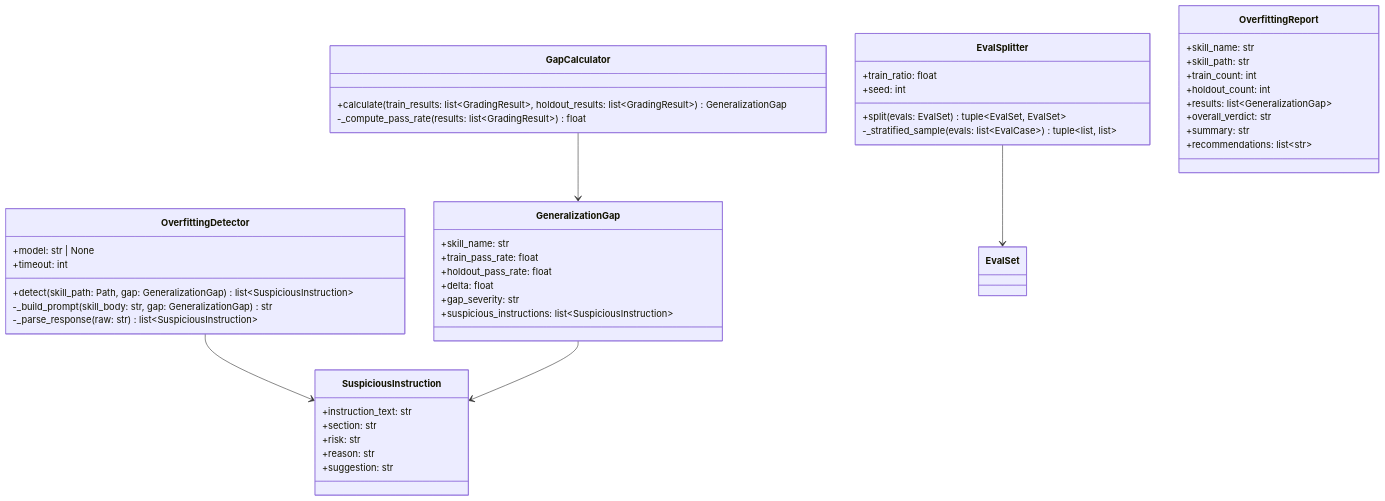
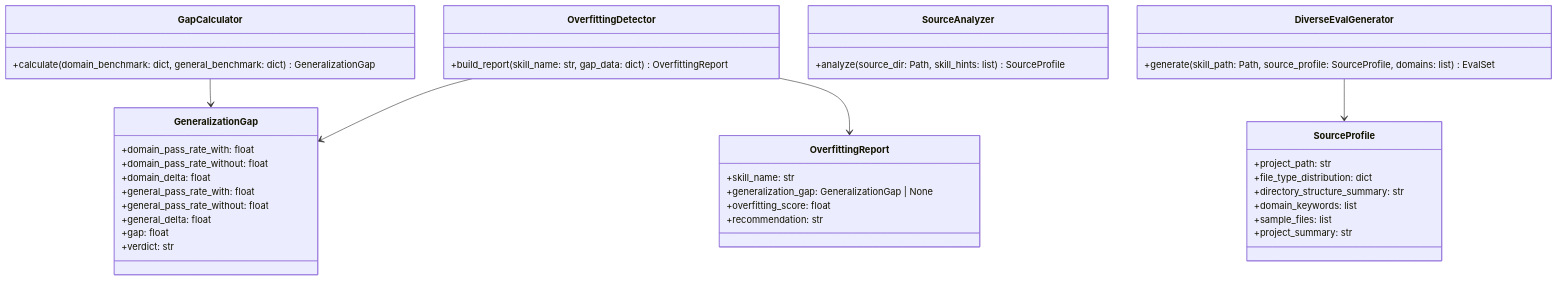
Before and after one commit to HangDu1995/sift: diagram 12 of 18 in docs/skill-eval-design.md, drawn with Mermaid. The commit also changed other lines of this file and 25 other files, not shown here.

First line of the commit message:
refactor overfitting: drop LLM detection, add dual-domain gap analysis

````diff
--- a/docs/skill-eval-design.md
+++ b/docs/skill-eval-design.md
@@ -2289,55 +2289,50 @@
 ```mermaid
 classDiagram
-    class EvalSplitter {
-        +train_ratio: float
-        +seed: int
-        +split(evals: EvalSet) tuple~EvalSet, EvalSet~
-        -_stratified_sample(evals: list~EvalCase~) tuple~list, list~
-    }
-
     class GapCalculator {
-        +calculate(train_results: list~GradingResult~, holdout_results: list~GradingResult~) GeneralizationGap
-        -_compute_pass_rate(results: list~GradingResult~) float
+        +calculate(domain_benchmark: dict, general_benchmark: dict) GeneralizationGap
     }
 
     class OverfittingDetector {
-        +model: str | None
-        +timeout: int
-        +detect(skill_path: Path, gap: GeneralizationGap) list~SuspiciousInstruction~
-        -_build_prompt(skill_body: str, gap: GeneralizationGap) str
-        -_parse_response(raw: str) list~SuspiciousInstruction~
+        +build_report(skill_name: str, gap_data: dict) OverfittingReport
+    }
+
+    class SourceAnalyzer {
+        +analyze(source_dir: Path, skill_hints: list) SourceProfile
+    }
+
+    class DiverseEvalGenerator {
+        +generate(skill_path: Path, source_profile: SourceProfile, domains: list) EvalSet
     }
 
     class GeneralizationGap {
-        +skill_name: str
-        +train_pass_rate: float
-        +holdout_pass_rate: float
-        +delta: float
-        +gap_severity: str
-        +suspicious_instructions: list~SuspiciousInstruction~
-    }
-
-    class SuspiciousInstruction {
-        +instruction_text: str
-        +section: str
-        +risk: str
-        +reason: str
-        +suggestion: str
+        +domain_pass_rate_with: float
+        +domain_pass_rate_without: float
+        +domain_delta: float
+        +general_pass_rate_with: float
+        +general_pass_rate_without: float
+        +general_delta: float
+        +gap: float
+        +verdict: str
     }
 
     class OverfittingReport {
         +skill_name: str
-        +skill_path: str
-        +train_count: int
-        +holdout_count: int
-        +results: list~GeneralizationGap~
-        +overall_verdict: str
-        +summary: str
-        +recommendations: list~str~
+        +generalization_gap: GeneralizationGap | None
+        +overfitting_score: float
+        +recommendation: str
     }
 
-    EvalSplitter --> EvalSet
+    class SourceProfile {
+        +project_path: str
+        +file_type_distribution: dict
+        +directory_structure_summary: str
+        +domain_keywords: list
+        +sample_files: list
+        +project_summary: str
+    }
+
     GapCalculator --> GeneralizationGap
-    OverfittingDetector --> SuspiciousInstruction
-    GeneralizationGap --> SuspiciousInstruction
+    OverfittingDetector --> GeneralizationGap
+    OverfittingDetector --> OverfittingReport
+    DiverseEvalGenerator --> SourceProfile
 ```
````
